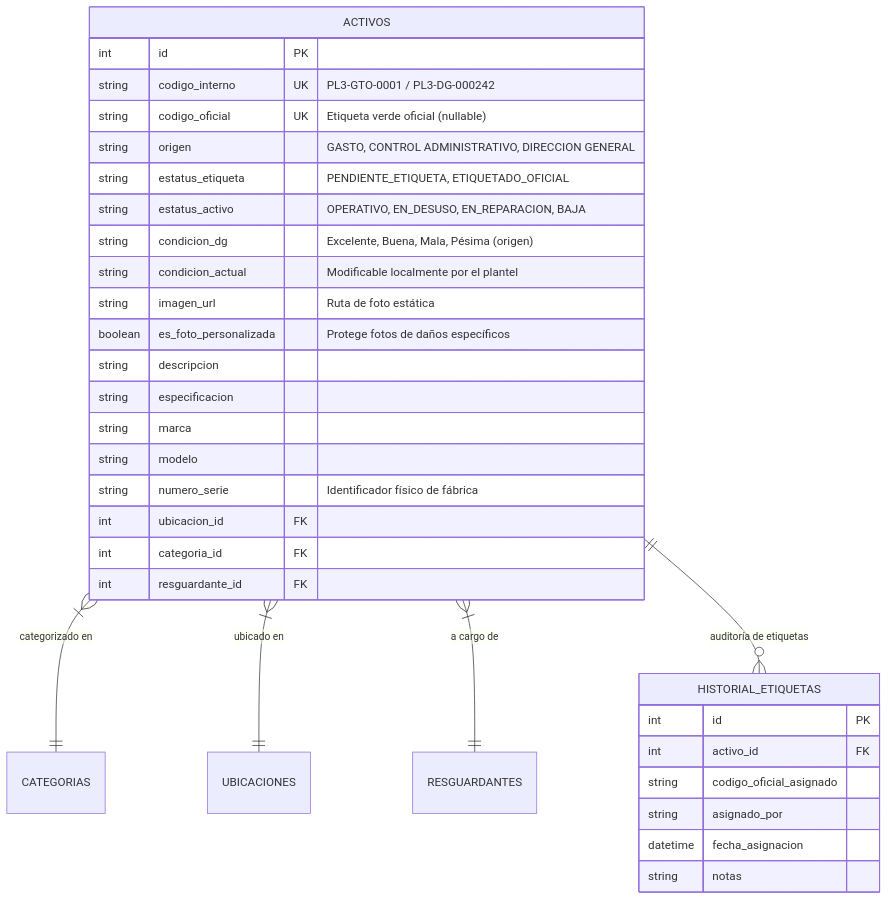
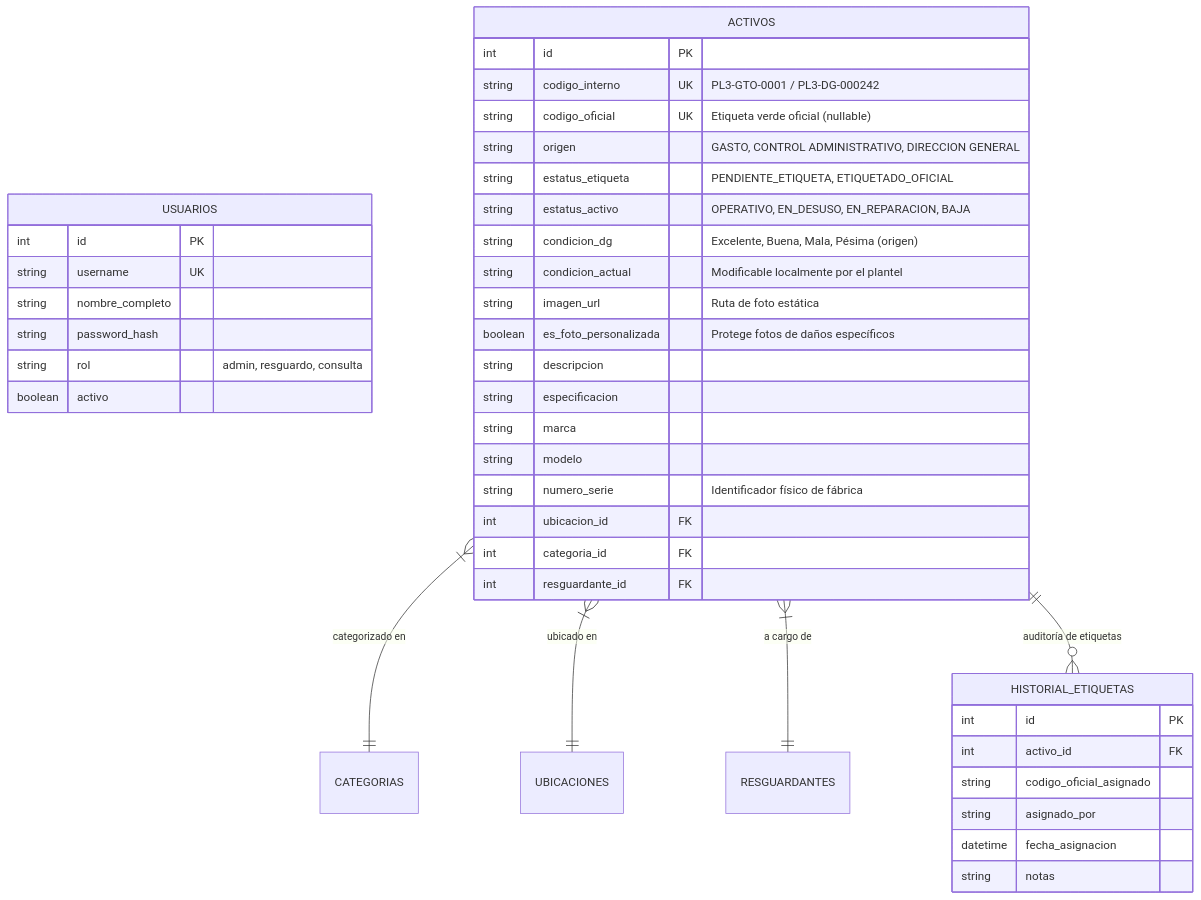
The diagram in README.md (bueno-armando/cobach3-bitacora), drawn with Mermaid before and after one commit. The commit also changed other lines of this file and 1 other file, not shown here.

````diff
--- a/README.md
+++ b/README.md
@@ -49,37 +46,46 @@
 ```mermaid
 erDiagram
+    USUARIOS {
+        int id PK
+        string username UK
+        string nombre_completo
+        string password_hash
+        string rol "admin, resguardo, consulta"
+        boolean activo
+    }
+
     ACTIVOS }|--|| CATEGORIAS : "categorizado en"
     ACTIVOS }|--|| UBICACIONES : "ubicado en"
     ACTIVOS }|--|| RESGUARDANTES : "a cargo de"
     ACTIVOS ||--o{ HISTORIAL_ETIQUETAS : "auditoría de etiquetas"
 
     ACTIVOS {
         int id PK
         string codigo_interno UK "PL3-GTO-0001 / PL3-DG-000242"
         string codigo_oficial UK "Etiqueta verde oficial (nullable)"
         string origen "GASTO, CONTROL ADMINISTRATIVO, DIRECCION GENERAL"
         string estatus_etiqueta "PENDIENTE_ETIQUETA, ETIQUETADO_OFICIAL"
         string estatus_activo "OPERATIVO, EN_DESUSO, EN_REPARACION, BAJA"
         string condicion_dg "Excelente, Buena, Mala, Pésima (origen)"
         string condicion_actual "Modificable localmente por el plantel"
         string imagen_url "Ruta de foto estática"
         boolean es_foto_personalizada "Protege fotos de daños específicos"
         string descripcion
         string especificacion
         string marca
         string modelo
         string numero_serie "Identificador físico de fábrica"
         int ubicacion_id FK
         int categoria_id FK
         int resguardante_id FK
     }
 
     HISTORIAL_ETIQUETAS {
         int id PK
         int activo_id FK
         string codigo_oficial_asignado
         string asignado_por
         datetime fecha_asignacion
         string notas
     }
 ```
````
